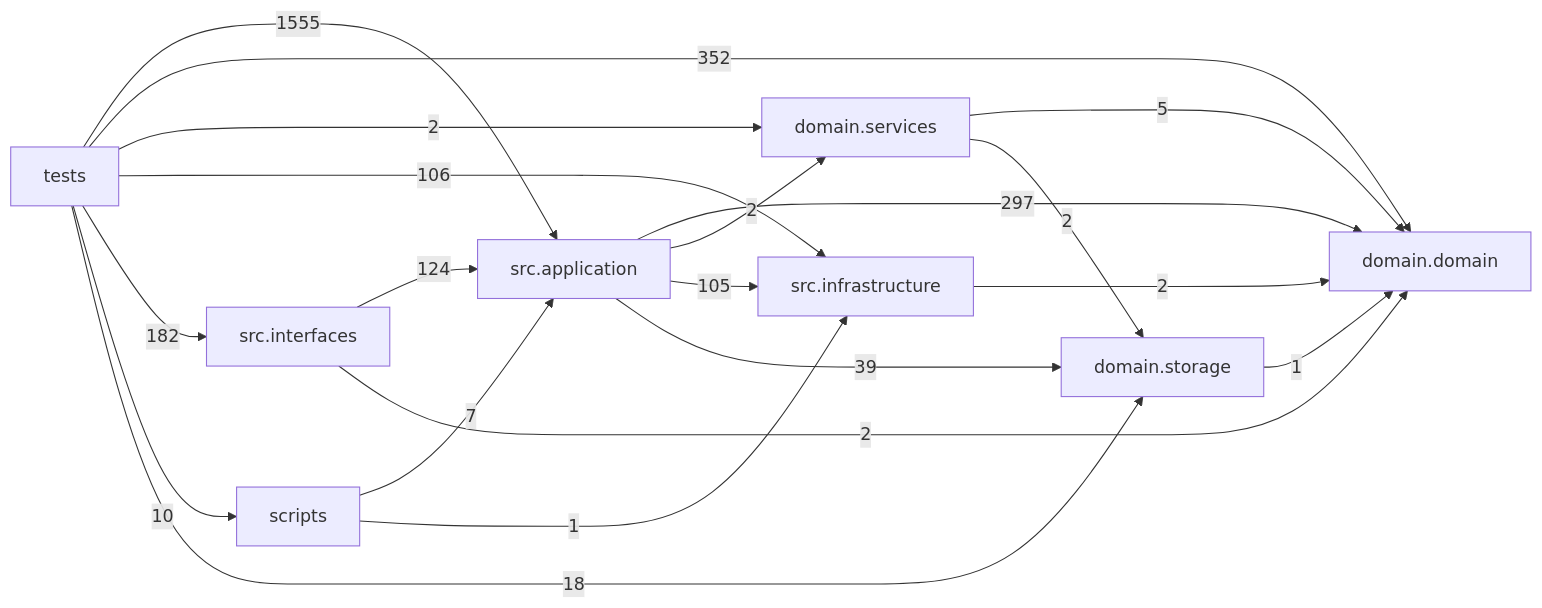
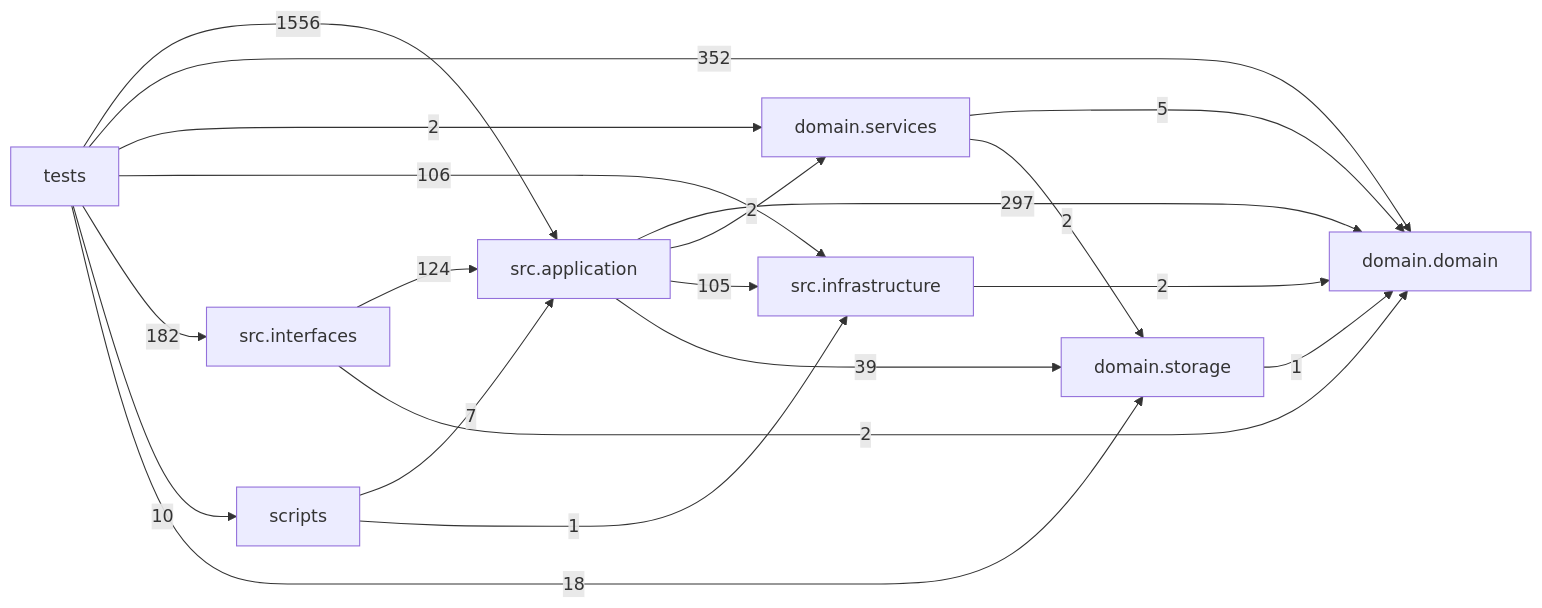
The diagram in docs/DEPENDENCY_GRAPH.md (liuxie066/options-monitor), drawn with Mermaid before and after one commit. The commit also changed other lines of this file and 17 other files, not shown here.

````diff
--- a/docs/DEPENDENCY_GRAPH.md
+++ b/docs/DEPENDENCY_GRAPH.md
@@ -24,30 +24,30 @@
 ```mermaid
 flowchart LR
   tests["tests"]
   scripts["scripts"]
   interfaces["src.interfaces"]
   application["src.application"]
   infrastructure["src.infrastructure"]
   domain_services["domain.services"]
   domain["domain.domain"]
   storage["domain.storage"]
   application -->|297| domain
   application -->|2| domain_services
   application -->|105| infrastructure
   application -->|39| storage
   domain_services -->|5| domain
   domain_services -->|2| storage
   infrastructure -->|2| domain
   interfaces -->|124| application
   interfaces -->|2| domain
   scripts -->|7| application
   scripts -->|1| infrastructure
   storage -->|1| domain
-  tests -->|1555| application
+  tests -->|1556| application
   tests -->|352| domain
   tests -->|2| domain_services
   tests -->|106| infrastructure
   tests -->|182| interfaces
   tests -->|10| scripts
   tests -->|18| storage
 ```
````
